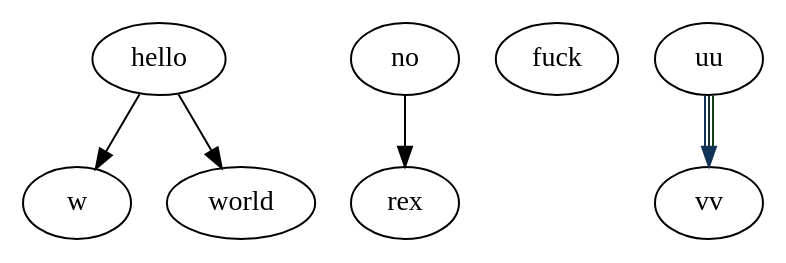
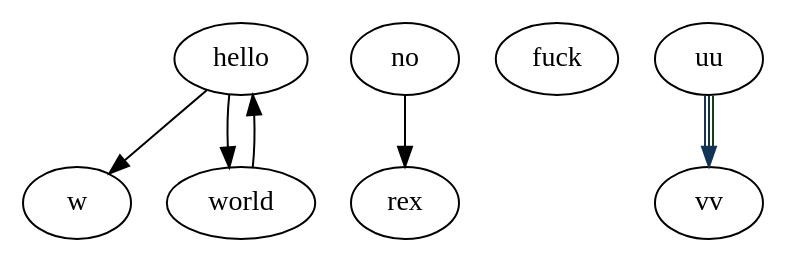
One commit to Qiu-Weidong/vscode-graphviz-extension changed the diagram in examples/completion.dot. Above: the diagram before and after it, drawn with Graphviz. The commit also changed 3 other files, not shown here.

```diff
--- a/examples/completion.dot
+++ b/examples/completion.dot
@@ -1,17 +1,19 @@
-digraph {
+digraph mygraph {
   node [fillcolor="#123456"];
   hello;
   hello -> w;
   no;
   no -> rex;
   hello -> world;
   fuck;
   
-  subgraph {
+  subgraph mygraph {
     uu -> vv [color="#123456:#123434:#124213"];
     node [];
 
   }
 
+  "world" -> "hello";
+
 
 }
```
